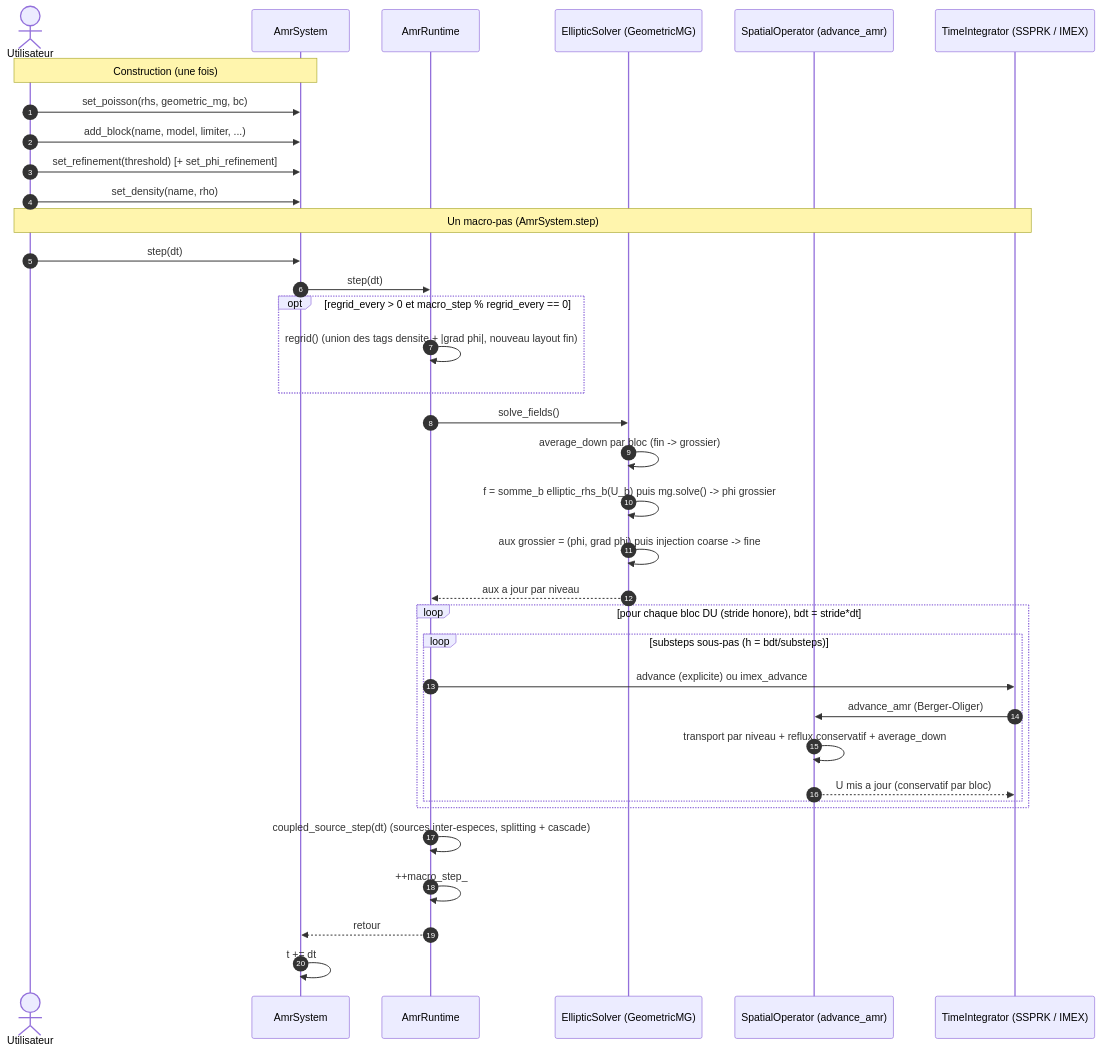
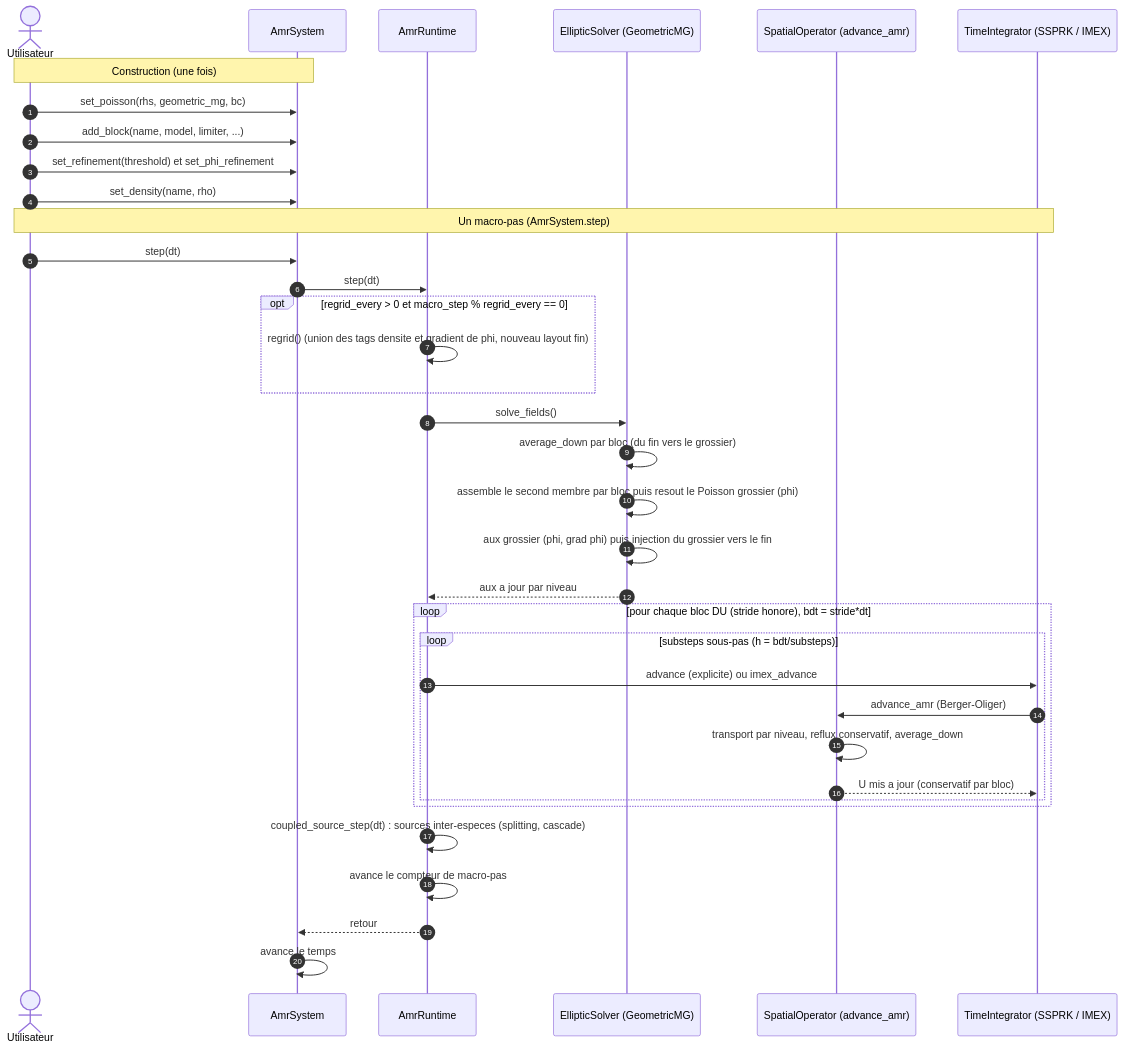
One commit to wolf75222/adc_cpp changed the fourth of 4 diagrams in docs/ARCHITECTURE.md. Above: the diagram before and after it, drawn with Mermaid. The commit also changed other lines of this file, not shown here.

Commit message:
docs(architecture): corriger le rendu mermaid des sequenceDiagram (#248)
GitHub (mermaid) refusait les sequenceDiagram : dans le texte d'un message (apres ':'),
'+'/'-' sont des marqueurs d'activation, donc 't += dt ; ++macro_step' et '|grad phi|'
cassaient le parseur (Parse error, Expecting ... got '+'). Les 15 messages a operateurs
sont reformules en prose simple (avance le temps, assemble le residu, etc.). Les flowchart
et graph ne changent pas : leurs labels sont quotes (['...']), donc parentheses/operateurs y
sont deja autorises. check_docs OK.

````diff
--- a/docs/ARCHITECTURE.md
+++ b/docs/ARCHITECTURE.md
@@ -394,43 +394,43 @@
 ```mermaid
 sequenceDiagram
     autonumber
     actor Utilisateur
     participant AmrSystem
     participant AmrRuntime
     participant EllipticSolver as EllipticSolver (GeometricMG)
     participant SpatialOperator as SpatialOperator (advance_amr)
     participant TimeIntegrator as TimeIntegrator (SSPRK / IMEX)
 
     Note over Utilisateur,AmrSystem: Construction (une fois)
     Utilisateur->>AmrSystem: set_poisson(rhs, geometric_mg, bc)
     Utilisateur->>AmrSystem: add_block(name, model, limiter, ...)
-    Utilisateur->>AmrSystem: set_refinement(threshold) [+ set_phi_refinement]
+    Utilisateur->>AmrSystem: set_refinement(threshold) et set_phi_refinement
     Utilisateur->>AmrSystem: set_density(name, rho)
 
     Note over Utilisateur,TimeIntegrator: Un macro-pas (AmrSystem.step)
     Utilisateur->>AmrSystem: step(dt)
     AmrSystem->>AmrRuntime: step(dt)
 
     opt regrid_every > 0 et macro_step % regrid_every == 0
-        AmrRuntime->>AmrRuntime: regrid() (union des tags densite + |grad phi|, nouveau layout fin)
+        AmrRuntime->>AmrRuntime: regrid() (union des tags densite et gradient de phi, nouveau layout fin)
     end
 
     AmrRuntime->>EllipticSolver: solve_fields()
-    EllipticSolver->>EllipticSolver: average_down par bloc (fin -> grossier)
-    EllipticSolver->>EllipticSolver: f = somme_b elliptic_rhs_b(U_b)  puis  mg.solve() -> phi grossier
-    EllipticSolver->>EllipticSolver: aux grossier = (phi, grad phi) puis injection coarse -> fine
+    EllipticSolver->>EllipticSolver: average_down par bloc (du fin vers le grossier)
+    EllipticSolver->>EllipticSolver: assemble le second membre par bloc puis resout le Poisson grossier (phi)
+    EllipticSolver->>EllipticSolver: aux grossier (phi, grad phi) puis injection du grossier vers le fin
     EllipticSolver-->>AmrRuntime: aux a jour par niveau
 
     loop pour chaque bloc DU (stride honore), bdt = stride*dt
         loop substeps sous-pas (h = bdt/substeps)
             AmrRuntime->>TimeIntegrator: advance (explicite) ou imex_advance
             TimeIntegrator->>SpatialOperator: advance_amr (Berger-Oliger)
-            SpatialOperator->>SpatialOperator: transport par niveau + reflux conservatif + average_down
+            SpatialOperator->>SpatialOperator: transport par niveau, reflux conservatif, average_down
             SpatialOperator-->>TimeIntegrator: U mis a jour (conservatif par bloc)
         end
     end
-    AmrRuntime->>AmrRuntime: coupled_source_step(dt) (sources inter-especes, splitting + cascade)
-    AmrRuntime->>AmrRuntime: ++macro_step_
+    AmrRuntime->>AmrRuntime: coupled_source_step(dt) : sources inter-especes (splitting, cascade)
+    AmrRuntime->>AmrRuntime: avance le compteur de macro-pas
     AmrRuntime-->>AmrSystem: retour
-    AmrSystem->>AmrSystem: t += dt
+    AmrSystem->>AmrSystem: avance le temps
 ```
````
